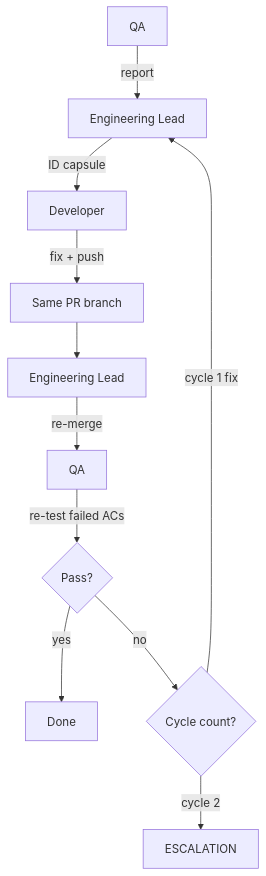
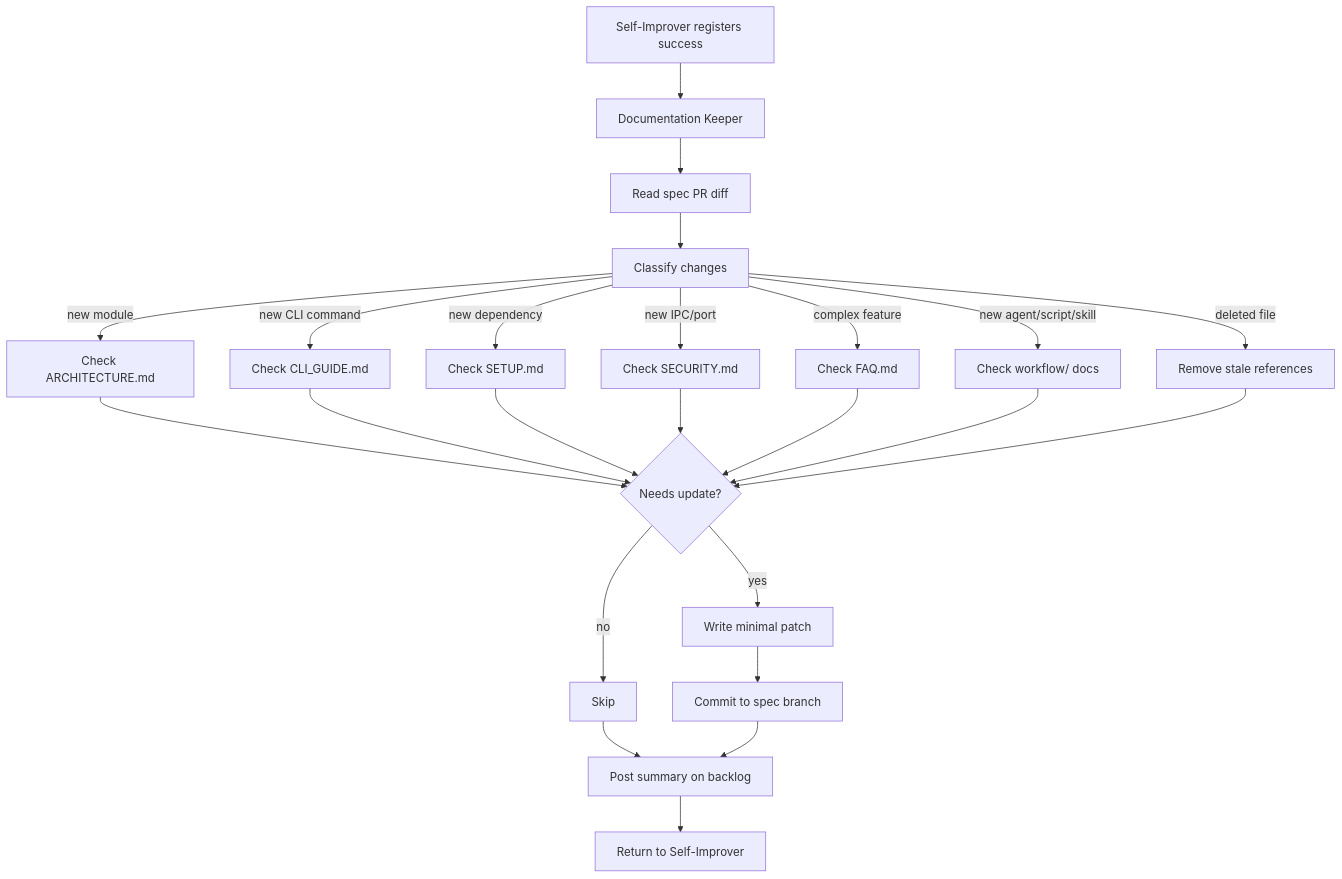
Before and after one commit to FredoAi/fredo: the fourth of 4 diagrams in docs/workflow/02-pipeline.md, drawn with Mermaid. The commit also changed other lines of this file and 8 other files, not shown here.

First line of the commit message:
Enhance documentation and workflow processes

````diff
--- a/docs/workflow/02-pipeline.md
+++ b/docs/workflow/02-pipeline.md
@@ -274,13 +398,31 @@
 ```mermaid
 flowchart TD
-    QA[QA] --> |report| EL[Engineering Lead]
-    EL --> |ID capsule| DEV[Developer]
-    DEV --> |fix + push| BRANCH[Same PR branch]
-    BRANCH --> EL2[Engineering Lead]
-    EL2 --> |re-merge| QA2[QA]
-    QA2 --> |re-test failed ACs| PASS{Pass?}
-    PASS --> |yes| DONE[Done]
-    PASS --> |no| CYCLE{Cycle count?}
-    CYCLE --> |cycle 1 fix| EL
-    CYCLE --> |cycle 2| ESC[ESCALATION]
+    SI[Self-Improver registers success] --> DK[Documentation Keeper]
+
+    DK --> READ[Read spec PR diff]
+    READ --> CLASS[Classify changes]
+
+    CLASS --> |new module| ARCH[Check ARCHITECTURE.md]
+    CLASS --> |new CLI command| CLIG[Check CLI_GUIDE.md]
+    CLASS --> |new dependency| SETUP[Check SETUP.md]
+    CLASS --> |new IPC/port| SEC[Check SECURITY.md]
+    CLASS --> |complex feature| FAQ[Check FAQ.md]
+    CLASS --> |new agent/script/skill| WF[Check workflow/ docs]
+    CLASS --> |deleted file| CLEAN[Remove stale references]
+
+    ARCH --> PATCH{Needs update?}
+    CLIG --> PATCH
+    SETUP --> PATCH
+    SEC --> PATCH
+    FAQ --> PATCH
+    WF --> PATCH
+    CLEAN --> PATCH
+
+    PATCH --> |yes| EDIT[Write minimal patch]
+    PATCH --> |no| SKIP[Skip]
+
+    EDIT --> COMMIT[Commit to spec branch]
+    SKIP --> POST[Post summary on backlog]
+    COMMIT --> POST
+    POST --> RETURN[Return to Self-Improver]
 ```
````
